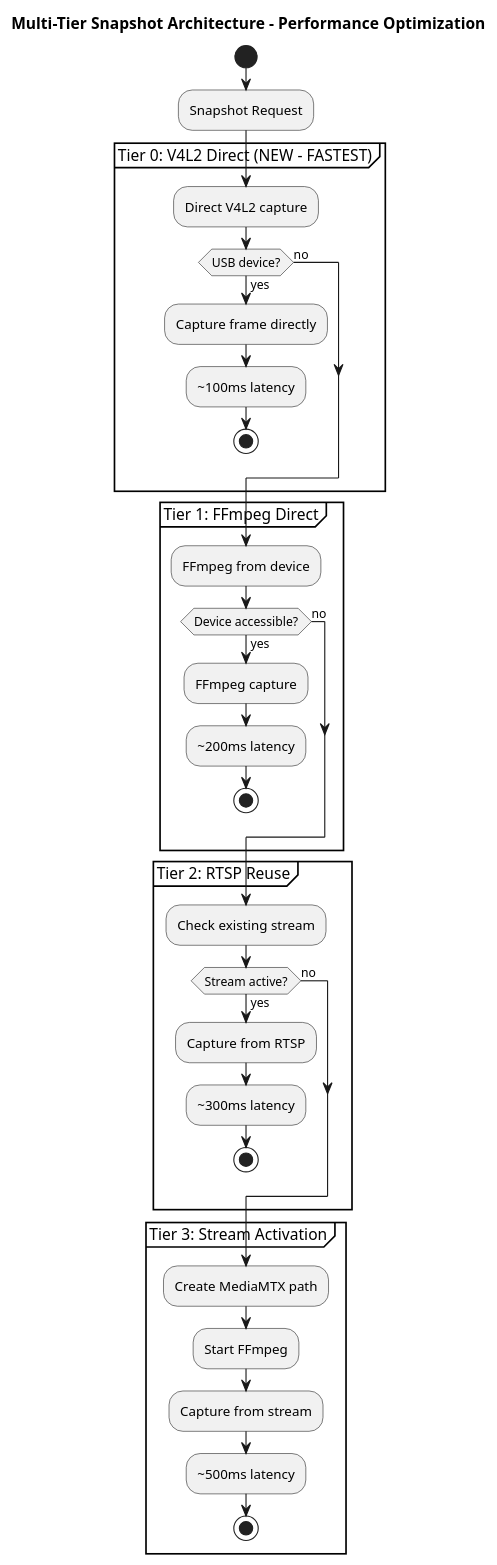
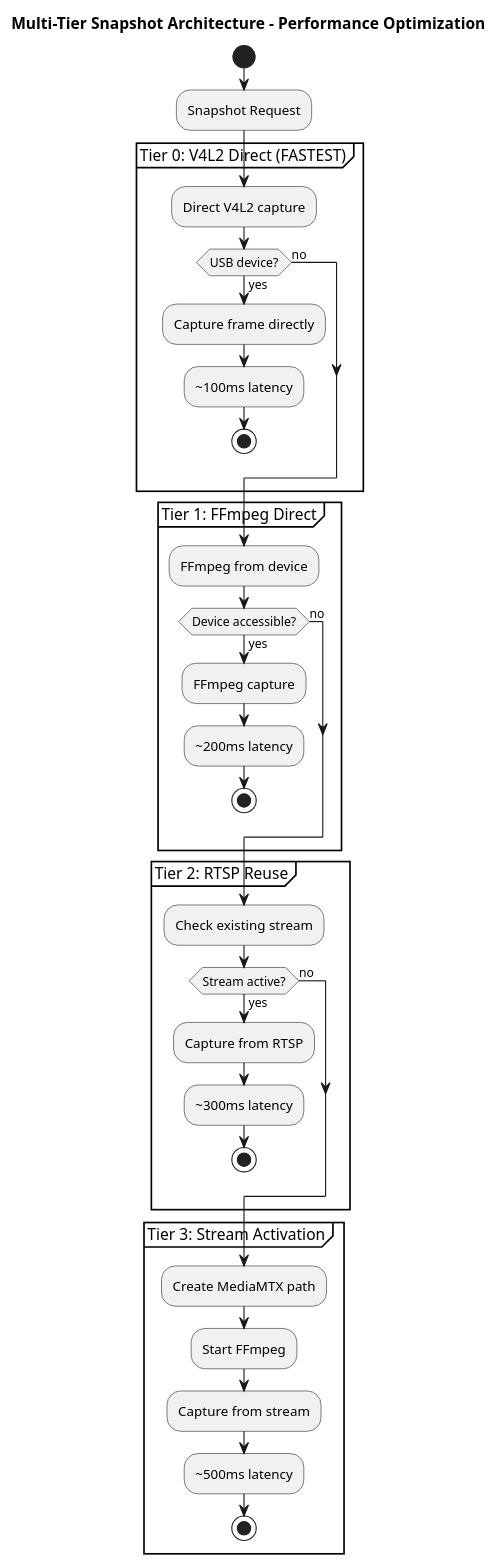
Diagram 13 of 29 in mediamtx-camera-service-go/docs/architecture/go-architecture-guide.md (CarlosSprekelsen/CameraRecorder), drawn with PlantUML before and after one commit. The commit also changed other lines of this file and 25 other files, not shown here.

````diff
--- a/mediamtx-camera-service-go/docs/architecture/go-architecture-guide.md
+++ b/mediamtx-camera-service-go/docs/architecture/go-architecture-guide.md
@@ -542,47 +651,47 @@
 ```plantuml
 @startuml SnapshotTiers
 title Multi-Tier Snapshot Architecture - Performance Optimization
 
 start
 :Snapshot Request;
 
-partition "Tier 0: V4L2 Direct (NEW - FASTEST)" {
+partition "Tier 0: V4L2 Direct (FASTEST)" {
     :Direct V4L2 capture;
     if (USB device?) then (yes)
         :Capture frame directly;
         :~100ms latency;
         stop
     else (no)
     endif
 }
 
 partition "Tier 1: FFmpeg Direct" {
     :FFmpeg from device;
     if (Device accessible?) then (yes)
         :FFmpeg capture;
         :~200ms latency;
         stop
     else (no)
     endif
 }
 
 partition "Tier 2: RTSP Reuse" {
     :Check existing stream;
     if (Stream active?) then (yes)
         :Capture from RTSP;
         :~300ms latency;
         stop
     else (no)
     endif
 }
 
 partition "Tier 3: Stream Activation" {
     :Create MediaMTX path;
     :Start FFmpeg;
     :Capture from stream;
     :~500ms latency;
     stop
 }
 
 @enduml
 ```
````
